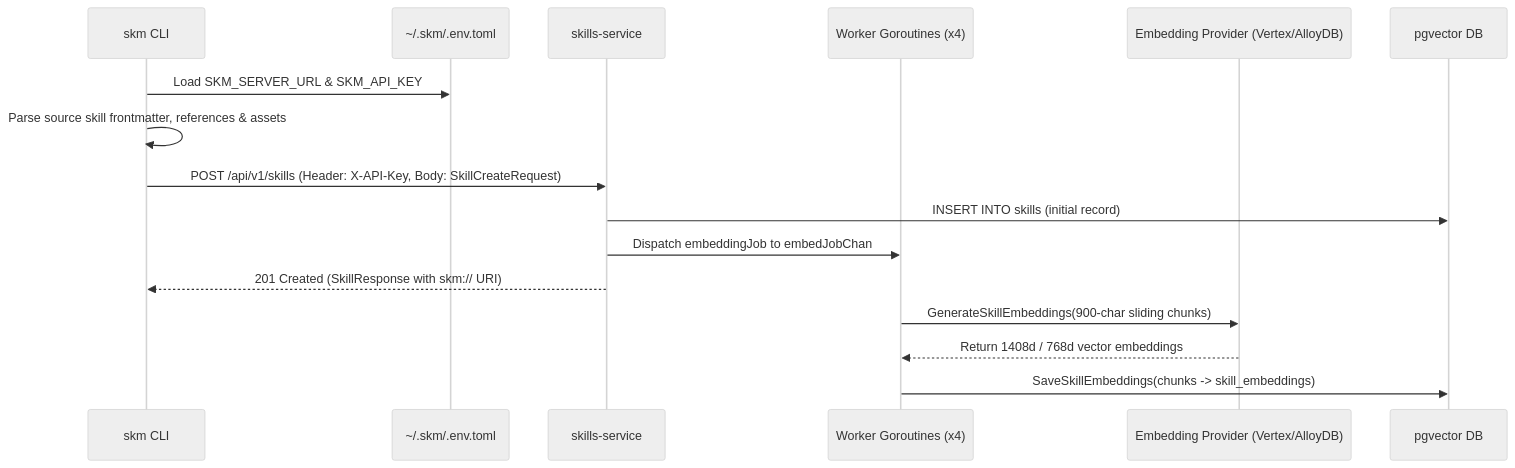
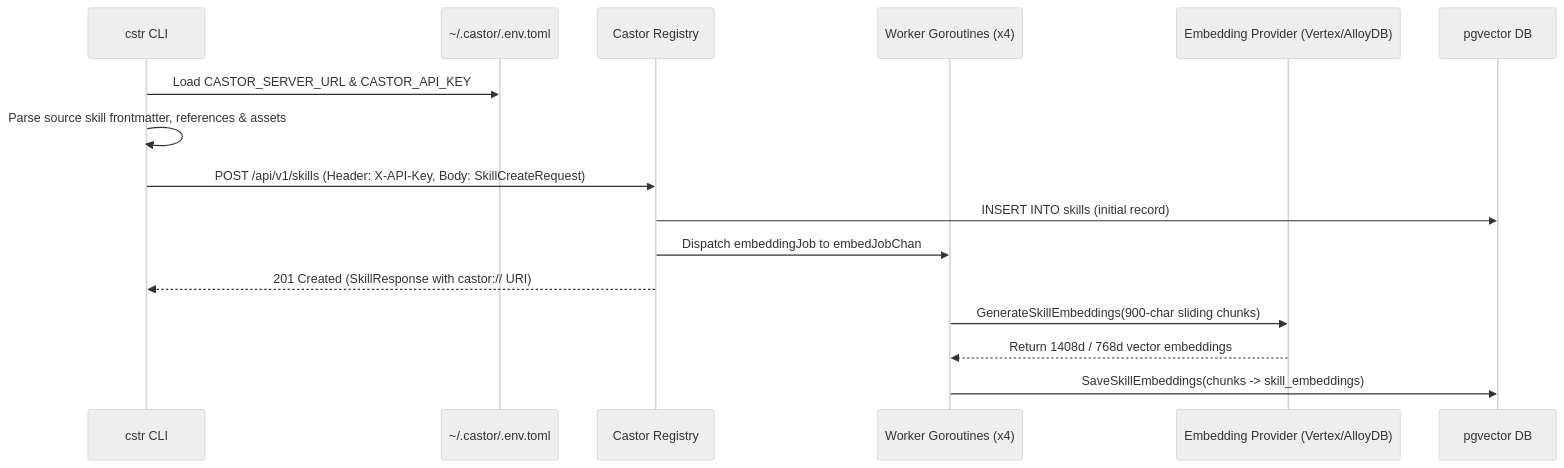
The diagram in docs/content/cli/skill_registration.md (retail-cortex/skills), drawn with Mermaid (neutral theme) before and after one commit. The commit also changed other lines of this file and 90 other files, not shown here.

````diff
--- a/docs/content/cli/skill_registration.md
+++ b/docs/content/cli/skill_registration.md
@@ -46,19 +46,19 @@
 ```mermaid
 sequenceDiagram
-    participant CLI as skm CLI
-    participant Config as ~/.skm/.env.toml
-    participant Server as skills-service
+    participant CLI as cstr CLI
+    participant Config as ~/.castor/.env.toml
+    participant Server as Castor Registry
     participant Workers as Worker Goroutines (x4)
     participant Embed as Embedding Provider (Vertex/AlloyDB)
     participant DB as pgvector DB
 
-    CLI->>Config: Load SKM_SERVER_URL & SKM_API_KEY
+    CLI->>Config: Load CASTOR_SERVER_URL & CASTOR_API_KEY
     CLI->>CLI: Parse source skill frontmatter, references & assets
     CLI->>Server: POST /api/v1/skills (Header: X-API-Key, Body: SkillCreateRequest)
     Server->>DB: INSERT INTO skills (initial record)
     Server->>Workers: Dispatch embeddingJob to embedJobChan
-    Server-->>CLI: 201 Created (SkillResponse with skm:// URI)
+    Server-->>CLI: 201 Created (SkillResponse with castor:// URI)
     Workers->>Embed: GenerateSkillEmbeddings(900-char sliding chunks)
     Embed-->>Workers: Return 1408d / 768d vector embeddings
     Workers->>DB: SaveSkillEmbeddings(chunks -> skill_embeddings)
 ```
````
